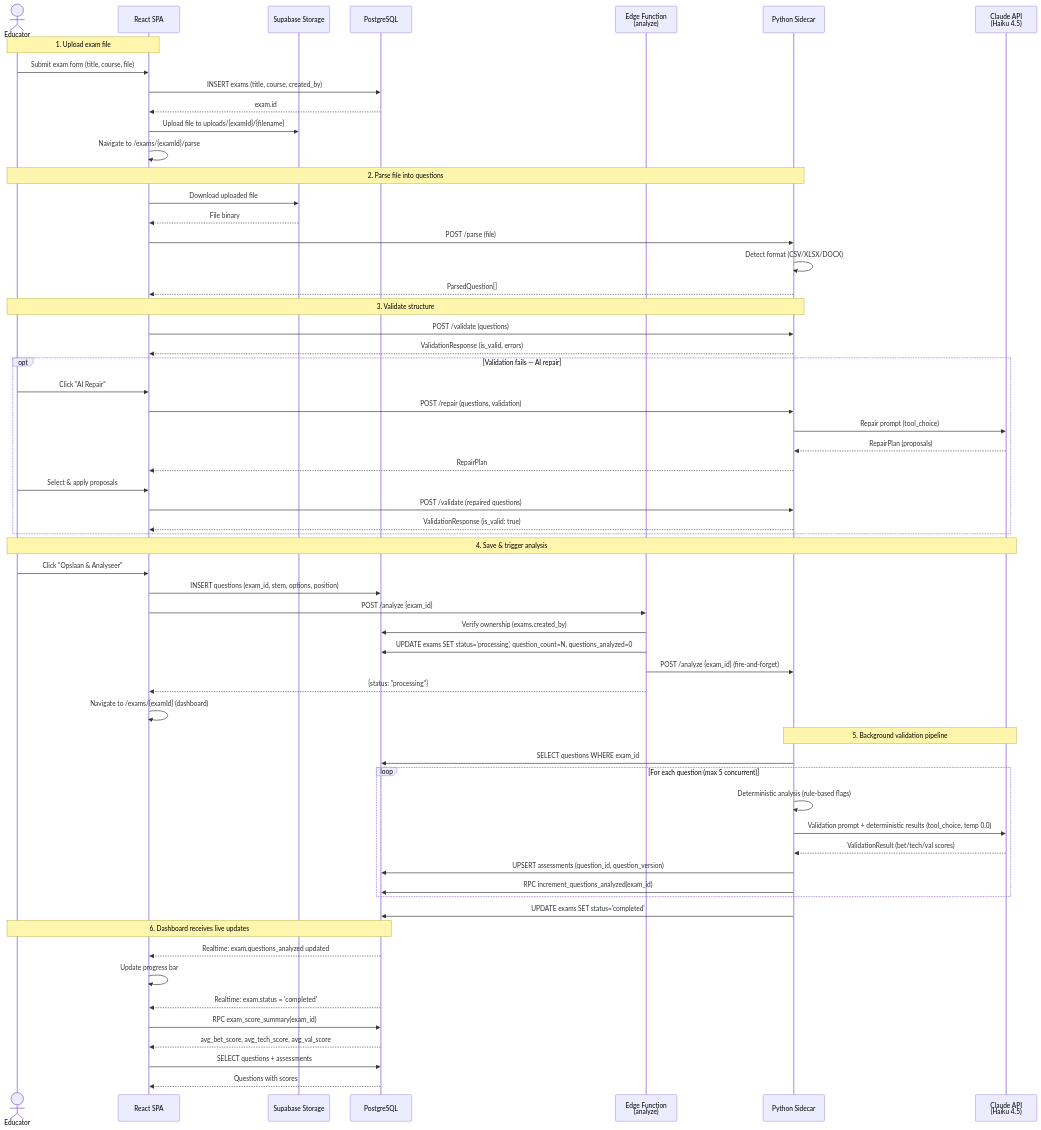
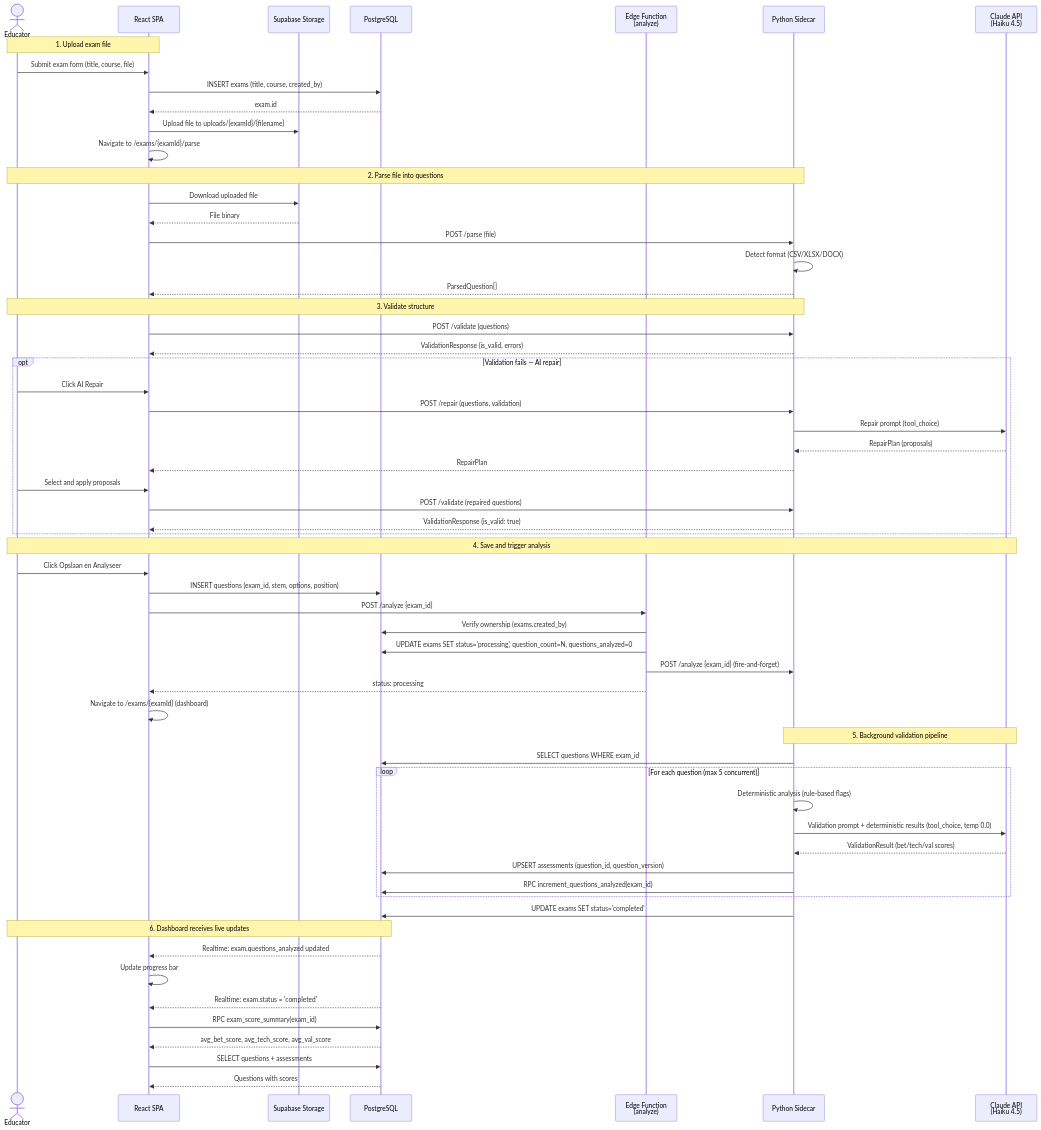
One commit to businessdatasolutions/mc-toetsgenerator changed the first of 9 diagrams in memory/sequence-activity-diagrams.md. Above: the diagram before and after it, drawn with Mermaid. The commit also changed other lines of this file, not shown here.

Commit message:
fix: remove special characters breaking Mermaid rendering on GitHub

````diff
--- a/memory/sequence-activity-diagrams.md
+++ b/memory/sequence-activity-diagrams.md
@@ -9,69 +9,69 @@
 ```mermaid
 sequenceDiagram
     actor Educator
     participant SPA as React SPA
     participant Storage as Supabase Storage
     participant DB as PostgreSQL
     participant Edge as Edge Function<br/>(analyze)
     participant Sidecar as Python Sidecar
     participant Claude as Claude API<br/>(Haiku 4.5)
 
     Note over Educator,SPA: 1. Upload exam file
     Educator->>SPA: Submit exam form (title, course, file)
     SPA->>DB: INSERT exams (title, course, created_by)
     DB-->>SPA: exam.id
     SPA->>Storage: Upload file to uploads/{examId}/{filename}
     SPA->>SPA: Navigate to /exams/{examId}/parse
 
     Note over Educator,Sidecar: 2. Parse file into questions
     SPA->>Storage: Download uploaded file
     Storage-->>SPA: File binary
     SPA->>Sidecar: POST /parse (file)
     Sidecar->>Sidecar: Detect format (CSV/XLSX/DOCX)
     Sidecar-->>SPA: ParsedQuestion[]
 
     Note over Educator,Sidecar: 3. Validate structure
     SPA->>Sidecar: POST /validate (questions)
     Sidecar-->>SPA: ValidationResponse (is_valid, errors)
 
     opt Validation fails — AI repair
-        Educator->>SPA: Click "AI Repair"
+        Educator->>SPA: Click AI Repair
         SPA->>Sidecar: POST /repair (questions, validation)
         Sidecar->>Claude: Repair prompt (tool_choice)
         Claude-->>Sidecar: RepairPlan (proposals)
         Sidecar-->>SPA: RepairPlan
-        Educator->>SPA: Select & apply proposals
+        Educator->>SPA: Select and apply proposals
         SPA->>Sidecar: POST /validate (repaired questions)
         Sidecar-->>SPA: ValidationResponse (is_valid: true)
     end
 
-    Note over Educator,Claude: 4. Save & trigger analysis
-    Educator->>SPA: Click "Opslaan & Analyseer"
+    Note over Educator,Claude: 4. Save and trigger analysis
+    Educator->>SPA: Click Opslaan en Analyseer
     SPA->>DB: INSERT questions (exam_id, stem, options, position)
     SPA->>Edge: POST /analyze {exam_id}
     Edge->>DB: Verify ownership (exams.created_by)
     Edge->>DB: UPDATE exams SET status='processing', question_count=N, questions_analyzed=0
     Edge->>Sidecar: POST /analyze {exam_id} (fire-and-forget)
-    Edge-->>SPA: {status: "processing"}
+    Edge-->>SPA: status: processing
     SPA->>SPA: Navigate to /exams/{examId} (dashboard)
 
     Note over Sidecar,Claude: 5. Background validation pipeline
     Sidecar->>DB: SELECT questions WHERE exam_id
     loop For each question (max 5 concurrent)
         Sidecar->>Sidecar: Deterministic analysis (rule-based flags)
         Sidecar->>Claude: Validation prompt + deterministic results (tool_choice, temp 0.0)
         Claude-->>Sidecar: ValidationResult (bet/tech/val scores)
         Sidecar->>DB: UPSERT assessments (question_id, question_version)
         Sidecar->>DB: RPC increment_questions_analyzed(exam_id)
     end
     Sidecar->>DB: UPDATE exams SET status='completed'
 
     Note over Educator,DB: 6. Dashboard receives live updates
     DB-->>SPA: Realtime: exam.questions_analyzed updated
     SPA->>SPA: Update progress bar
     DB-->>SPA: Realtime: exam.status = 'completed'
     SPA->>DB: RPC exam_score_summary(exam_id)
     DB-->>SPA: avg_bet_score, avg_tech_score, avg_val_score
     SPA->>DB: SELECT questions + assessments
     DB-->>SPA: Questions with scores
 ```
````
